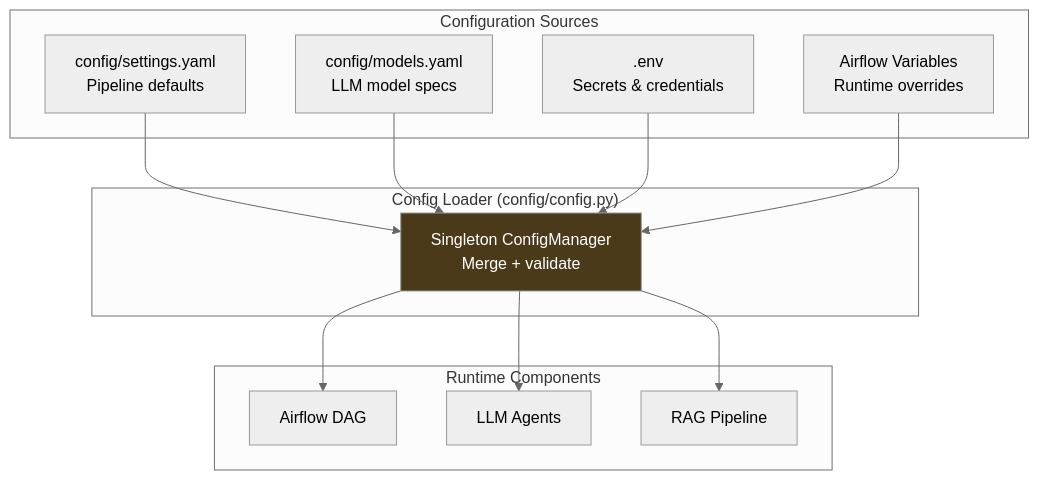
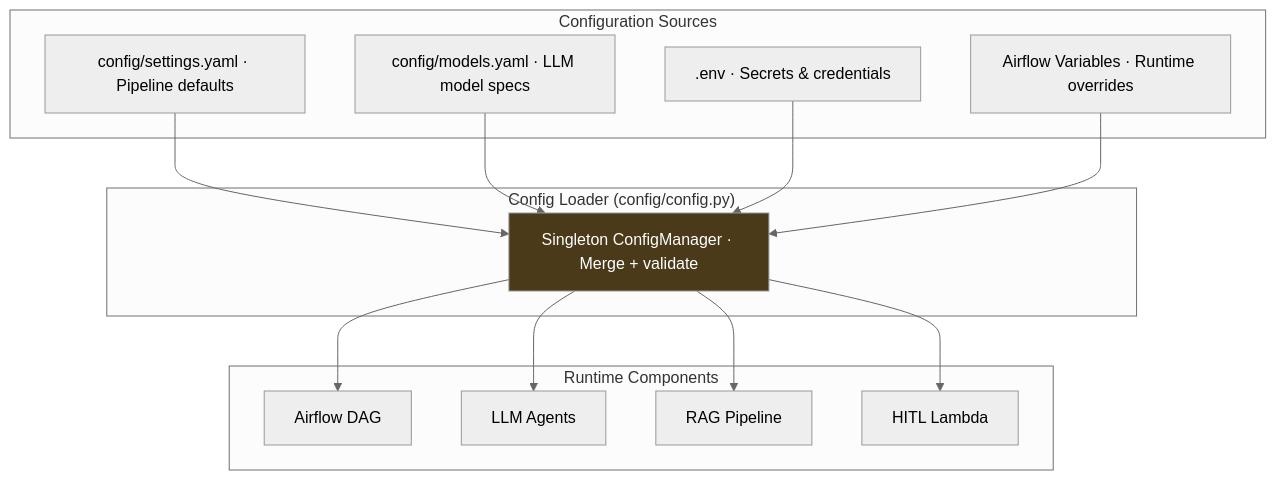
One commit to nasim-raj-laskar/InfraMind changed the sixth of 6 diagrams in README.md. Above: the diagram before and after it, drawn with Mermaid (neutral theme). The commit also changed other lines of this file and 1 other file, not shown here.

````diff
--- a/README.md
+++ b/README.md
@@ -498,30 +602,25 @@
 ```mermaid
 graph TB
     subgraph "Configuration Sources"
-        YAML["config/settings.yaml<br/>Pipeline defaults"]
-        MODELS["config/models.yaml<br/>LLM model specs"]
-        ENV[".env<br/>Secrets & credentials"]
-        AIRFLOW_VARS["Airflow Variables<br/>Runtime overrides"]
+        YAML["config/settings.yaml · Pipeline defaults"]
+        MODELS["config/models.yaml · LLM model specs"]
+        ENV[".env · Secrets & credentials"]
+        AIRFLOW_VARS["Airflow Variables · Runtime overrides"]
     end
-    
+
     subgraph "Config Loader (config/config.py)"
-        LOADER["Singleton ConfigManager<br/>Merge + validate"]
+        LOADER["Singleton ConfigManager · Merge + validate"]
     end
-    
+
     subgraph "Runtime Components"
         DAG["Airflow DAG"]
         AGENTS["LLM Agents"]
         RAG["RAG Pipeline"]
+        HITL_CFG["HITL Lambda"]
     end
-    
-    YAML --> LOADER
-    MODELS --> LOADER
-    ENV --> LOADER
-    AIRFLOW_VARS --> LOADER
-    
-    LOADER --> DAG
-    LOADER --> AGENTS
-    LOADER --> RAG
-    
+
+    YAML & MODELS & ENV & AIRFLOW_VARS --> LOADER
+    LOADER --> DAG & AGENTS & RAG & HITL_CFG
+
     style LOADER fill:#4a3a1a,color:#fff
 ```
````
